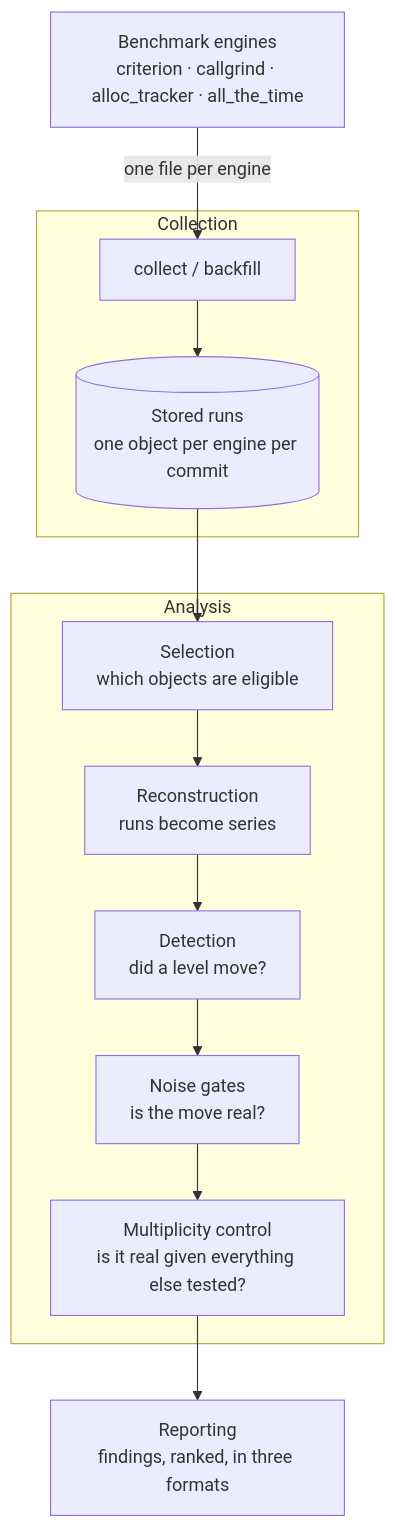
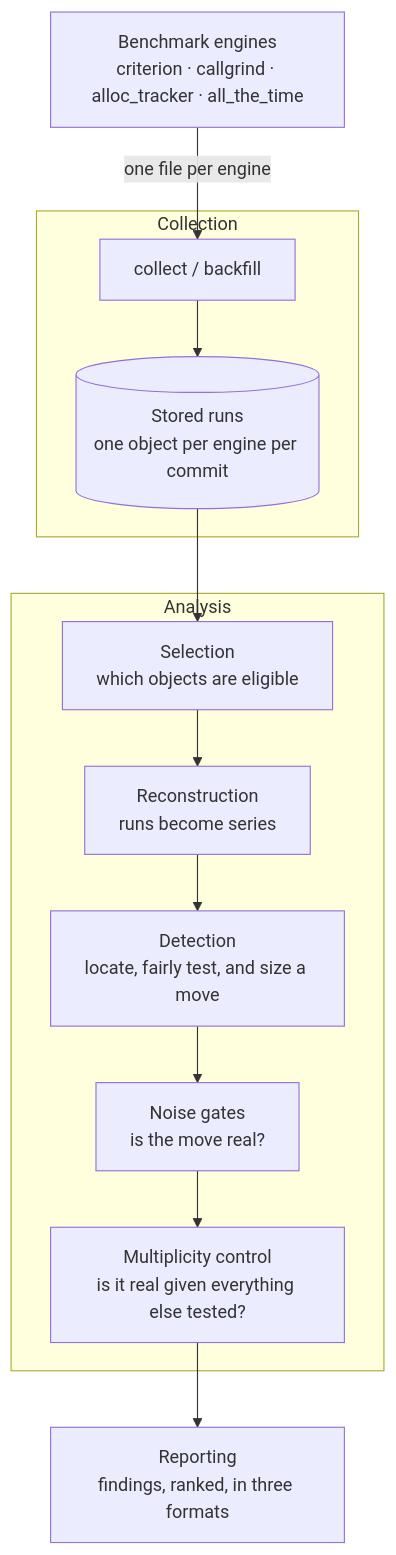
Before and after one commit to folo-rs/folo: the diagram in packages/cargo-bench-history/book/src/appendix/index.md, drawn with Mermaid. The commit also changed other lines of this file and 57 other files, not shown here.

First line of the commit message:
cargo-bench-history: honest change-point significance and drop the confidence figure (#488)

````diff
--- a/packages/cargo-bench-history/book/src/appendix/index.md
+++ b/packages/cargo-bench-history/book/src/appendix/index.md
@@ -21,21 +21,21 @@
 ```mermaid
 flowchart TD
     E["Benchmark engines<br/>criterion · callgrind · alloc_tracker · all_the_time"]
     E -->|"one file per engine"| C
 
     subgraph collection ["Collection"]
         C["collect / backfill"] --> S[("Stored runs<br/>one object per engine per commit")]
     end
 
     S --> SEL
 
     subgraph analysis ["Analysis"]
         SEL["Selection<br/>which objects are eligible"]
         SEL --> REC["Reconstruction<br/>runs become series"]
-        REC --> DET["Detection<br/>did a level move?"]
+        REC --> DET["Detection<br/>locate, fairly test, and size a move"]
         DET --> GAT["Noise gates<br/>is the move real?"]
         GAT --> FDR["Multiplicity control<br/>is it real given everything else tested?"]
     end
 
     FDR --> REP["Reporting<br/>findings, ranked, in three formats"]
 ```
````
